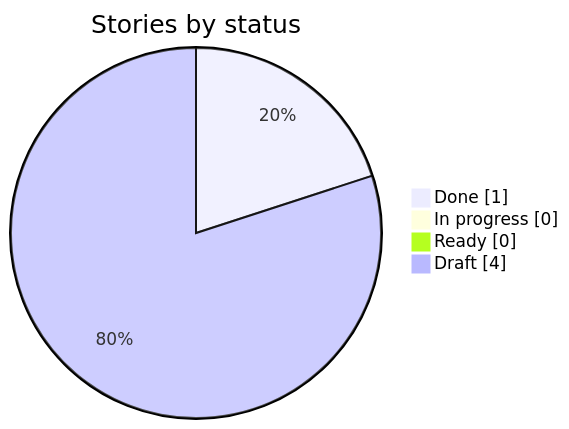
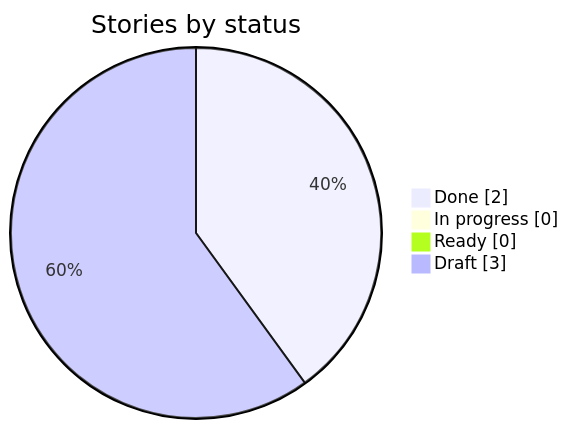
Before and after one commit to HebaGaber/roofing-crm: the first of 2 diagrams in docs/progress.md, drawn with Mermaid. The commit also changed other lines of this file, not shown here.

````diff
--- a/docs/progress.md
+++ b/docs/progress.md
@@ -9,7 +9,7 @@
 ```mermaid
 pie showData title Stories by status
-  "Done" : 1
+  "Done" : 2
   "In progress" : 0
   "Ready" : 0
-  "Draft" : 4
+  "Draft" : 3
 ```
````
